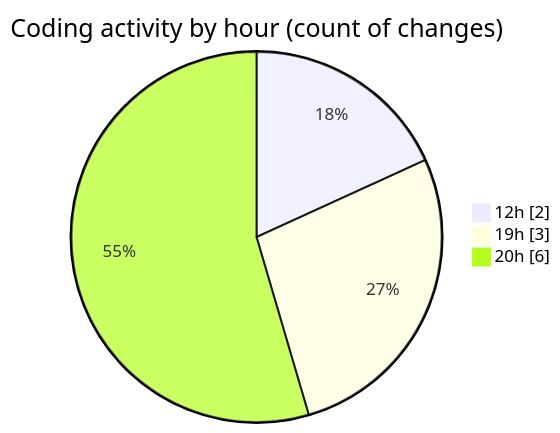
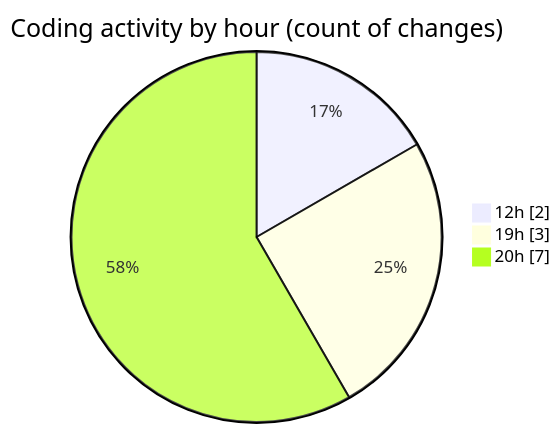
Before and after one commit to MatusMokan/code-tracking: the second of 2 diagrams in 2025-03-29/myws__workspace_/README.md, drawn with Mermaid. The commit also changed other lines of this file and 1 other file, not shown here.

````diff
--- a/2025-03-29/myws__workspace_/README.md
+++ b/2025-03-29/myws__workspace_/README.md
@@ -34,7 +34,7 @@
 ```mermaid
 pie showData
 title Coding activity by hour (count of changes)
 "12h" : 2
 "19h" : 3
-"20h" : 6
+"20h" : 7
 ```
````
